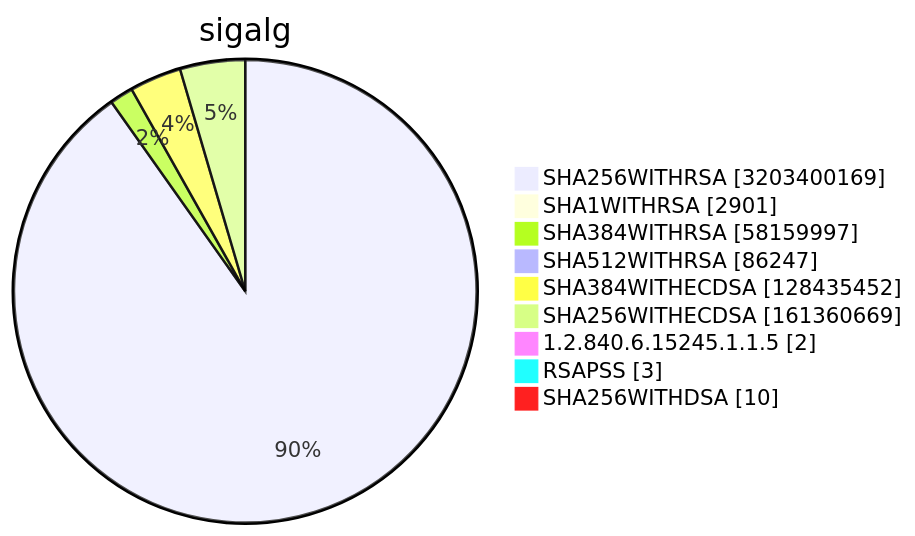
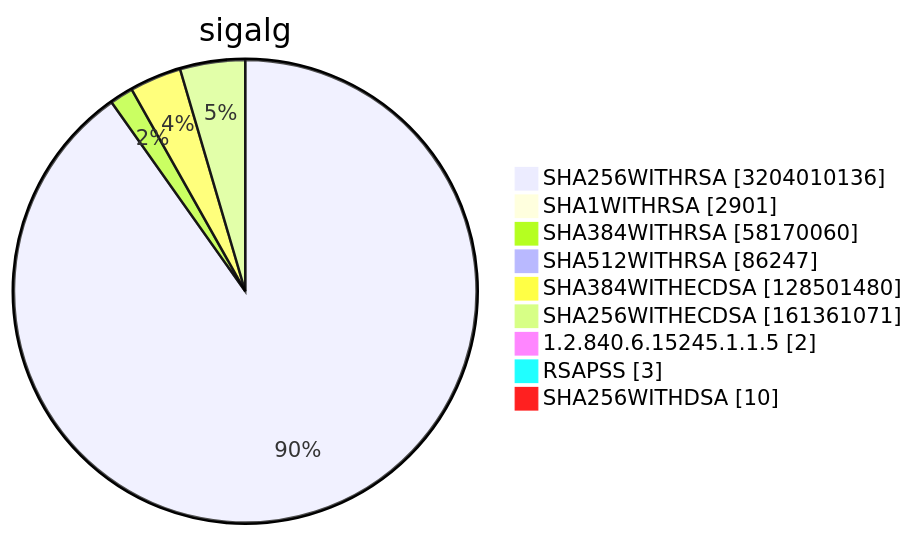
Diagram 15 of 15 in TOTAL/README.md (christiankrug/ctmonitor_visualization), drawn with Mermaid before and after one commit. The commit also changed other lines of this file, not shown here.

````diff
--- a/TOTAL/README.md
+++ b/TOTAL/README.md
@@ -6216,13 +6216,13 @@
 ```mermaid
 pie showData
 title sigalg
-"SHA256WITHRSA" :3203400169
+"SHA256WITHRSA" :3204010136
 "SHA1WITHRSA" :2901
-"SHA384WITHRSA" :58159997
+"SHA384WITHRSA" :58170060
 "SHA512WITHRSA" :86247
-"SHA384WITHECDSA" :128435452
-"SHA256WITHECDSA" :161360669
+"SHA384WITHECDSA" :128501480
+"SHA256WITHECDSA" :161361071
 "1.2.840.6.15245.1.1.5" :2
 "RSAPSS" :3
 "SHA256WITHDSA" :10
 ```
````
